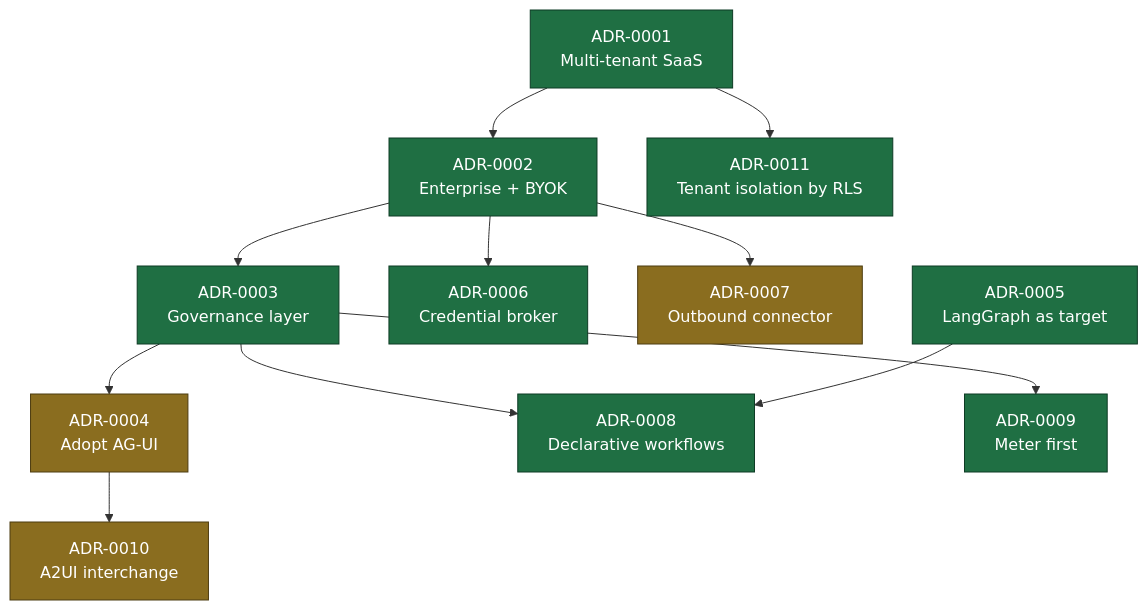
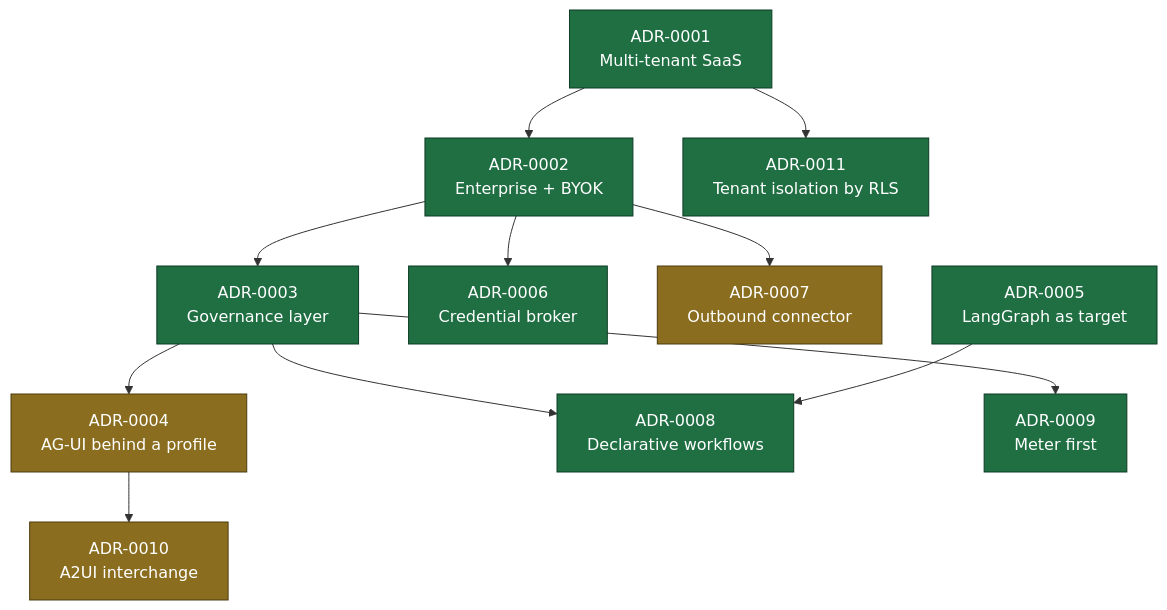
One commit to ayesigapaul/orchestra changed the diagram in docs/adr/README.md. Above: the diagram before and after it, drawn with Mermaid. The commit also changed other lines of this file and 5 other files, not shown here.

````diff
--- a/docs/adr/README.md
+++ b/docs/adr/README.md
@@ -44,18 +44,18 @@
 ```mermaid
 flowchart TD
   A1["ADR-0001<br/>Multi-tenant SaaS"] --> A2["ADR-0002<br/>Enterprise + BYOK"]
   A2 --> A3["ADR-0003<br/>Governance layer"]
   A2 --> A6["ADR-0006<br/>Credential broker"]
   A2 --> A7["ADR-0007<br/>Outbound connector"]
-  A3 --> A4["ADR-0004<br/>Adopt AG-UI"]
+  A3 --> A4["ADR-0004<br/>AG-UI behind a profile"]
   A3 --> A8["ADR-0008<br/>Declarative workflows"]
   A3 --> A9["ADR-0009<br/>Meter first"]
   A5["ADR-0005<br/>LangGraph as target"] --> A8
   A4 --> A10["ADR-0010<br/>A2UI interchange"]
   A1 --> A11["ADR-0011<br/>Tenant isolation by RLS"]
 
   classDef accepted fill:#1f6f43,stroke:#0d3b24,color:#fff;
   classDef proposed fill:#8a6d1f,stroke:#4d3c10,color:#fff;
   class A1,A2,A3,A5,A6,A8,A9,A11 accepted;
   class A4,A7,A10 proposed;
 ```
````
